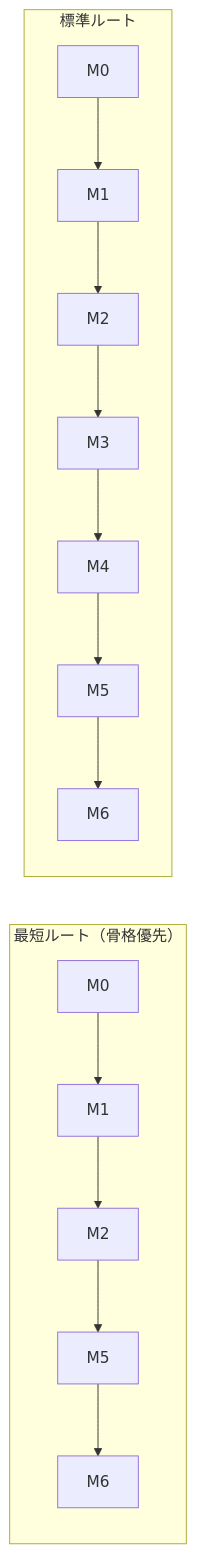
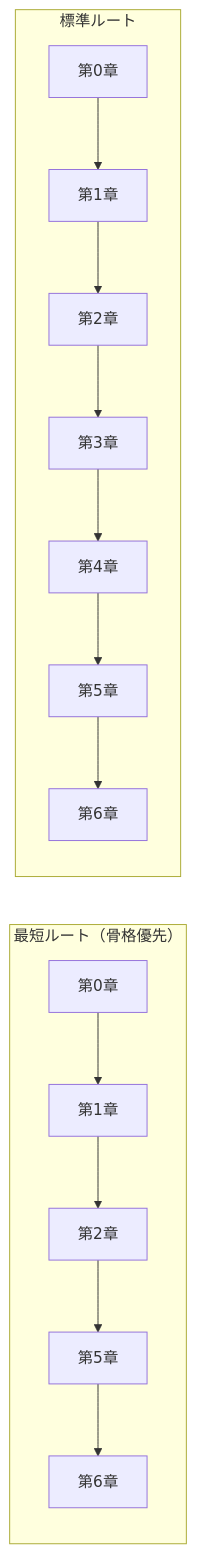
The fourth of 4 diagrams in roadmap/learning_map.md (lutelute/lec_prob), drawn with Mermaid before and after one commit. The commit also changed other lines of this file and 59 other files, not shown here.

````diff
--- a/roadmap/learning_map.md
+++ b/roadmap/learning_map.md
@@ -121,9 +121,9 @@
 ```mermaid
 graph LR
     subgraph 最短["最短ルート（骨格優先）"]
-        a0[M0] --> a1[M1] --> a2[M2] --> a5[M5] --> a6[M6]
+        a0[第0章] --> a1[第1章] --> a2[第2章] --> a5[第5章] --> a6[第6章]
     end
     subgraph 標準["標準ルート"]
-        b0[M0] --> b1[M1] --> b2[M2] --> b3[M3] --> b4[M4] --> b5[M5] --> b6[M6]
+        b0[第0章] --> b1[第1章] --> b2[第2章] --> b3[第3章] --> b4[第4章] --> b5[第5章] --> b6[第6章]
     end
 ```
````
